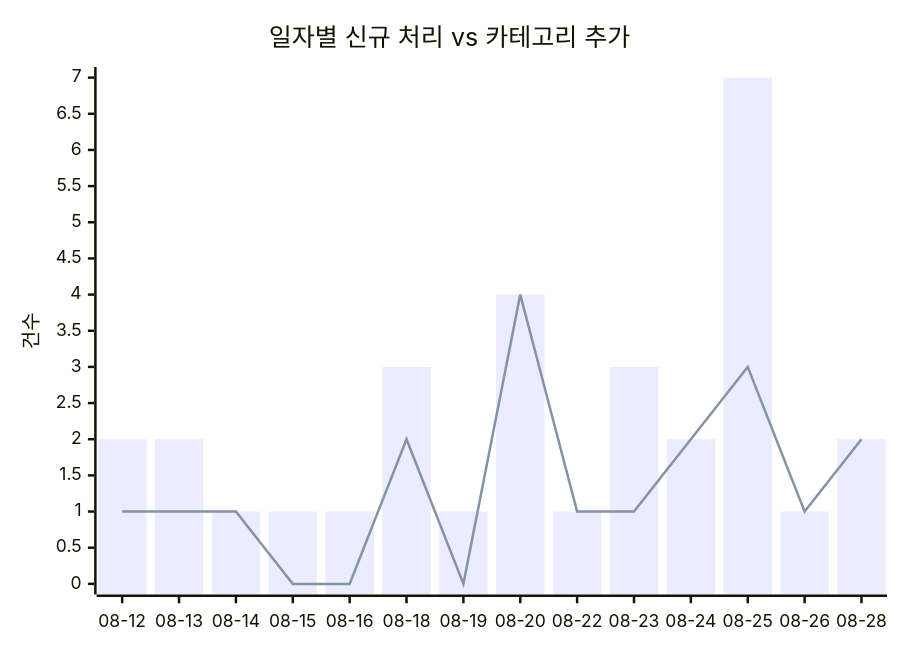
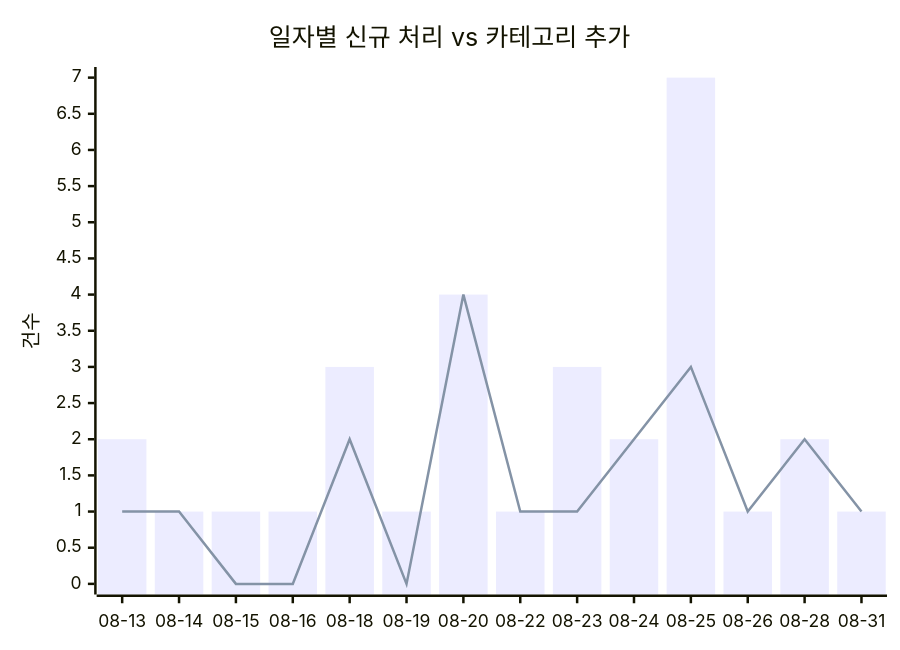
Before and after one commit to J-nowcow/awesome-korean-agent-skills: the first of 2 diagrams in docs/trends.md, drawn with Mermaid. The commit also changed other lines of this file and 3 other files, not shown here.

````diff
--- a/docs/trends.md
+++ b/docs/trends.md
@@ -32,8 +32,8 @@
 ```mermaid
 xychart-beta
     title "일자별 신규 처리 vs 카테고리 추가"
-    x-axis ["08-12","08-13","08-14","08-15","08-16","08-18","08-19","08-20","08-22","08-23","08-24","08-25","08-26","08-28"]
+    x-axis ["08-13","08-14","08-15","08-16","08-18","08-19","08-20","08-22","08-23","08-24","08-25","08-26","08-28","08-31"]
     y-axis "건수"
-    bar [2,2,1,1,1,3,1,4,1,3,2,7,1,2]
-    line [1,1,1,0,0,2,0,4,1,1,2,3,1,2]
+    bar [2,1,1,1,3,1,4,1,3,2,7,1,2,1]
+    line [1,1,0,0,2,0,4,1,1,2,3,1,2,1]
 ```
````
